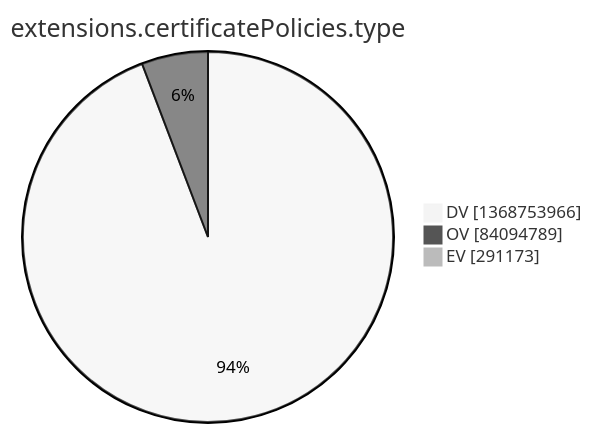
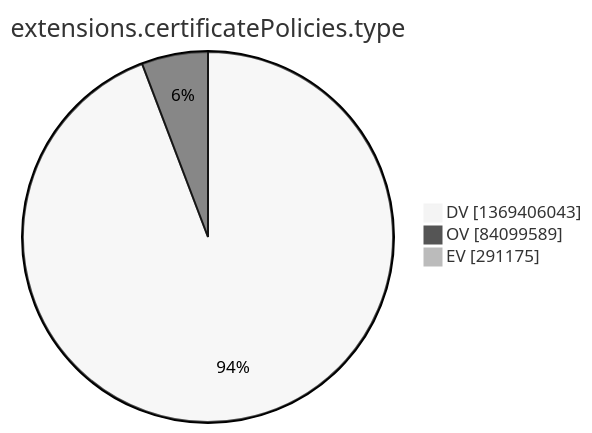
Before and after one commit to christiankrug/ctmonitor_visualization: the tenth of 15 diagrams in argon2022/README.md, drawn with Mermaid (neutral theme). The commit also changed other lines of this file, not shown here.

````diff
--- a/argon2022/README.md
+++ b/argon2022/README.md
@@ -2773,7 +2773,7 @@
 ```mermaid
 pie showData
 title extensions.certificatePolicies.type
-"DV" :1368753966
-"OV" :84094789
-"EV" :291173
+"DV" :1369406043
+"OV" :84099589
+"EV" :291175
 ```
````
